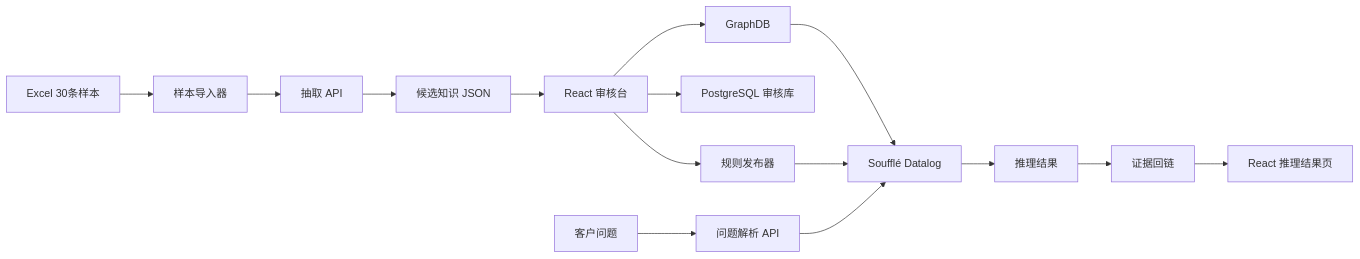
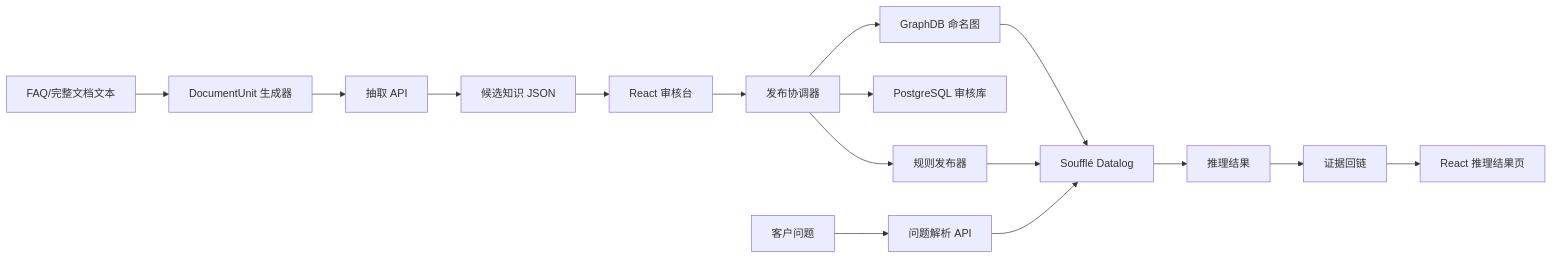
The first of 2 diagrams in 智能问答平台/references/本体诊断推理POC.md (lvdaxianer/Axiom), drawn with Mermaid before and after one commit. The commit also changed other lines of this file and 1 other file, not shown here.

````diff
--- a/智能问答平台/references/本体诊断推理POC.md
+++ b/智能问答平台/references/本体诊断推理POC.md
@@ -76,17 +76,18 @@
 ```mermaid
 flowchart LR
-    A[Excel 30条样本] --> B[样本导入器]
+    A[FAQ/完整文档文本] --> B[DocumentUnit 生成器]
     B --> C[抽取 API]
     C --> D[候选知识 JSON]
     D --> E[React 审核台]
-    E --> F[GraphDB]
-    E --> G[PostgreSQL 审核库]
-    E --> H[规则发布器]
+    E --> R[发布协调器]
+    R --> F[GraphDB 命名图]
+    R --> G[PostgreSQL 审核库]
+    R --> H[规则发布器]
     H --> I[Soufflé Datalog]
     J[客户问题] --> K[问题解析 API]
     K --> I
     F --> I
     I --> L[推理结果]
     L --> M[证据回链]
     M --> N[React 推理结果页]
 ```
````
